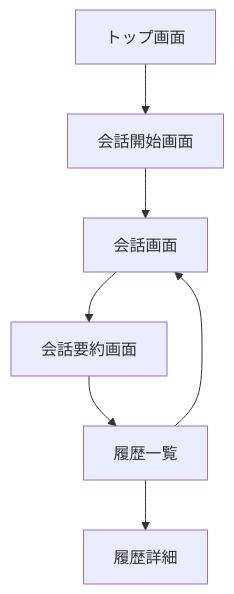
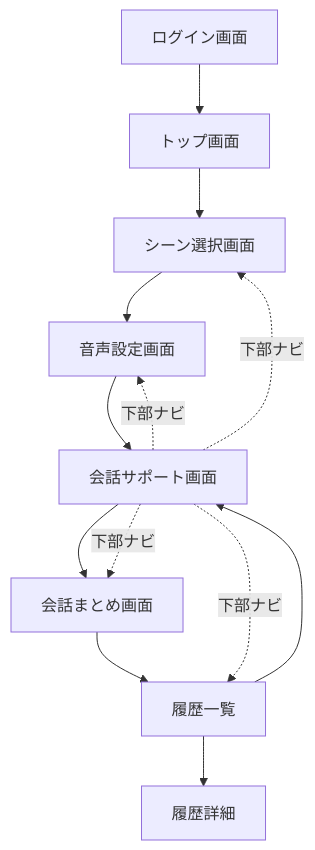
The third of 4 diagrams in docs/全体設計.md (KaichoHarry/talk-seed), drawn with Mermaid before and after one commit. The commit also changed other lines of this file and 4 other files, not shown here.

````diff
--- a/docs/全体設計.md
+++ b/docs/全体設計.md
@@ -214,24 +250,34 @@
 ```mermaid
 flowchart TD
 
+    LOGIN[ログイン画面]
+
     TOP[トップ画面]
 
-    START[会話開始画面]
+    SCENE[シーン選択画面]
 
-    TALK[会話画面]
+    VOICE[音声設定画面]
 
-    SUMMARY[会話要約画面]
+    TALK[会話サポート画面]
+
+    SUMMARY[会話まとめ画面]
 
     HISTORY[履歴一覧]
 
     DETAIL[履歴詳細]
 
-    TOP --> START
-    START --> TALK
+    LOGIN --> TOP
+    TOP --> SCENE
+    SCENE --> VOICE
+    VOICE --> TALK
     TALK --> SUMMARY
 
     SUMMARY --> HISTORY
     HISTORY --> DETAIL
 
     HISTORY --> TALK
+    TALK -. 下部ナビ .-> SCENE
+    TALK -. 下部ナビ .-> VOICE
+    TALK -. 下部ナビ .-> SUMMARY
+    TALK -. 下部ナビ .-> HISTORY
 ```
````
